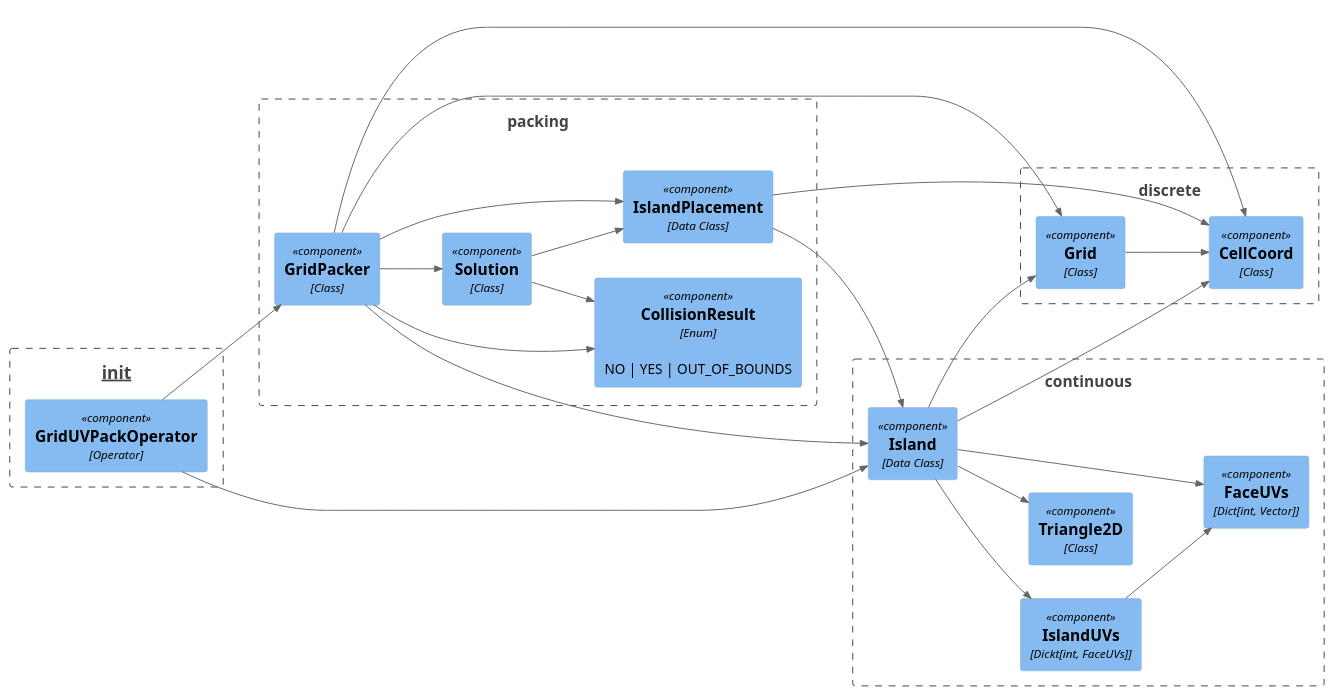
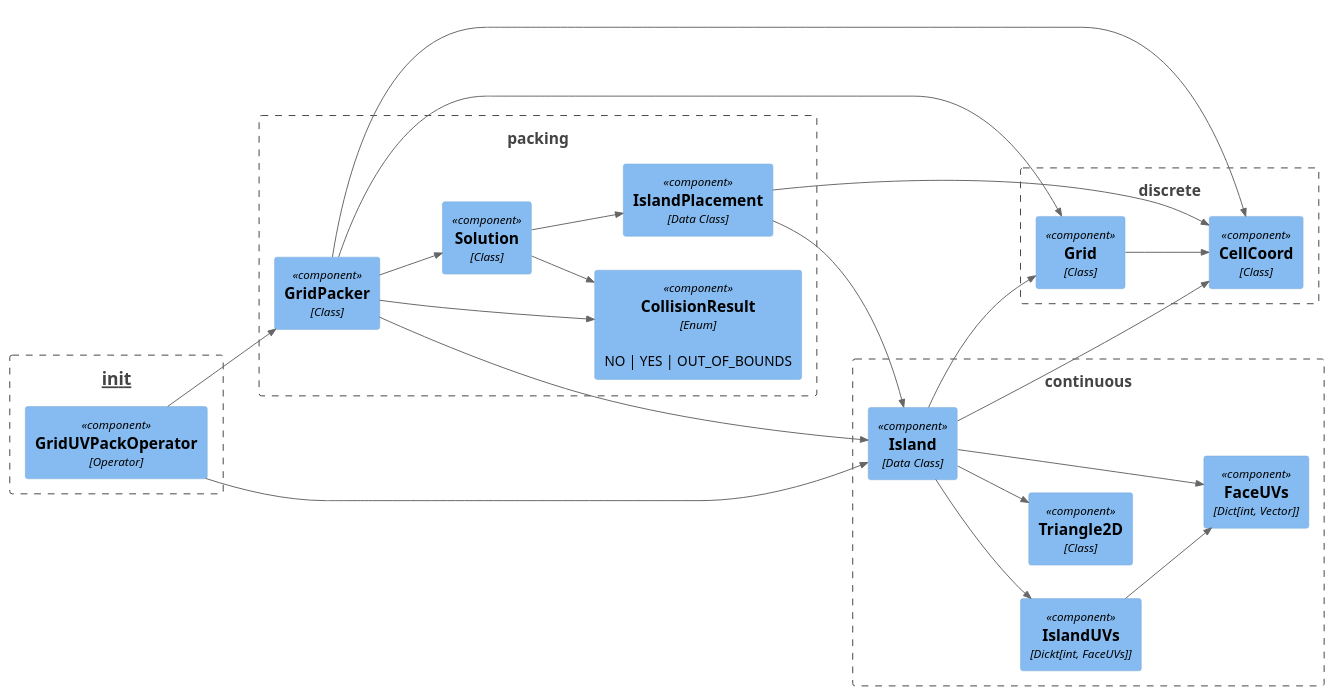
The diagram in doc/arch/Component_Diagram.plantuml (muhuk/grid-uv-packer), drawn with PlantUML before and after one commit. The commit also changed 1 other file, not shown here.

Commit message:
Let Solution decide island placement.

```diff
--- a/doc/arch/Component_Diagram.plantuml
+++ b/doc/arch/Component_Diagram.plantuml
@@ -1,54 +1,53 @@
 @startuml Component_Diagram
 !include ../c4/C4_Component.puml
 LAYOUT_LEFT_RIGHT()
 
 Boundary(moduleInit, "__init__") {
   Component(gridUvPackOperator, "GridUVPackOperator", "Operator")
 }
 
 Boundary(moduleContinuous, "continuous") {
   Component(faceUvs, "FaceUVs", "Dict[int, Vector]")
   Component(islandUvs, "IslandUVs", "Dickt[int, FaceUVs]")
   Component(island, "Island", "Data Class")
   Component(triangle2d, "Triangle2D", "Class")
 
   Rel(island, faceUvs, " ")
   Rel(island, islandUvs, " ")
   Rel(island, triangle2d, " ")
 
   Rel(islandUvs, faceUvs, " ")
 }
 
 Boundary(moduleData, "packing") {
   Component(collisionResult, "CollisionResult", "Enum", "NO | YES | OUT_OF_BOUNDS")
   Component(gridPacker, "GridPacker", "Class")
   Component(islandPlacement, "IslandPlacement", "Data Class")
   Component(solution, "Solution", "Class")
 
   Rel(gridPacker, collisionResult, " ")
-  Rel(gridPacker, islandPlacement, " ")
   Rel(gridPacker, solution, " ")
   Rel(solution, collisionResult, " ")
   Rel(solution, islandPlacement, " ")
 }
 
 Boundary(moduleDiscrete, "discrete") {
   Component(cellCoord, "CellCoord", "Class")
   Component(grid, "Grid", "Class")
 
   Rel(grid, cellCoord, " ")
 }
 
 Rel(gridUvPackOperator, gridPacker, " ")
 Rel(gridUvPackOperator, island, " ")
 
 Rel(gridPacker, cellCoord, " ")
 Rel(gridPacker, grid, " ")
 Rel(gridPacker, island, " ")
 
 Rel(island, cellCoord, " ")
 Rel(island, grid, " ")
 
 Rel(islandPlacement, island, " ")
 Rel(islandPlacement, cellCoord, " ")
 @enduml
```
